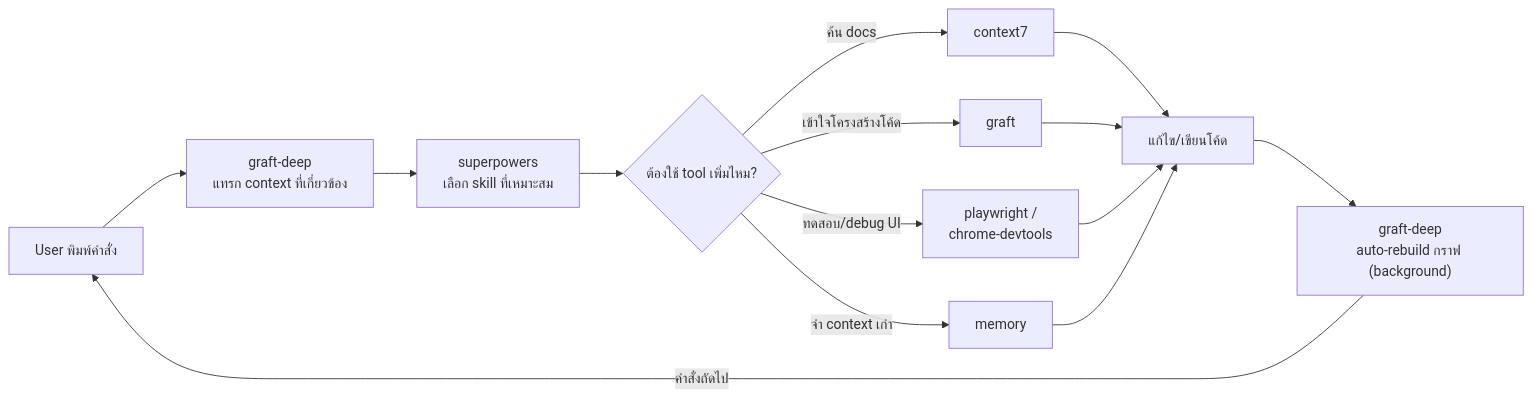
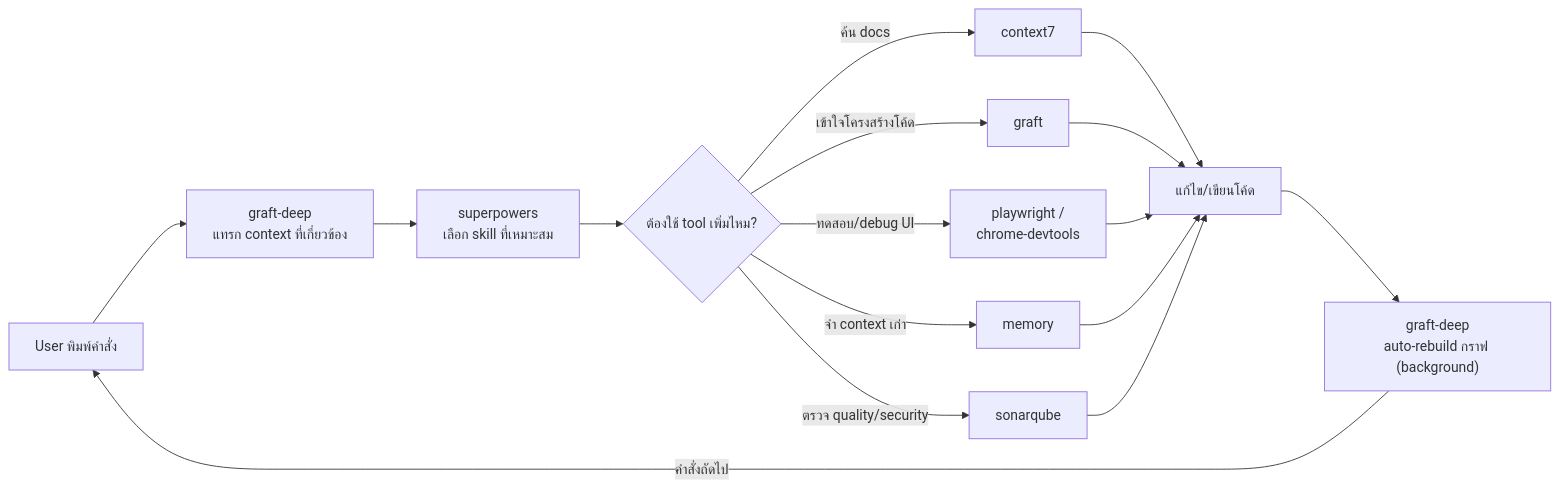
The third of 3 diagrams in USER-MANUAL.md (adcident12/my-manual-opencode), drawn with Mermaid before and after one commit. The commit also changed other lines of this file and 1 other file, not shown here.

First line of the commit message:
Reflect sonarqube in workflow diagrams and add its update procedure

````diff
--- a/USER-MANUAL.md
+++ b/USER-MANUAL.md
@@ -64,16 +65,18 @@
 ```mermaid
 graph LR
     A["User พิมพ์คำสั่ง"] --> B["graft-deep<br/>แทรก context ที่เกี่ยวข้อง"]
     B --> C["superpowers<br/>เลือก skill ที่เหมาะสม"]
     C --> D{"ต้องใช้ tool เพิ่มไหม?"}
     D -->|ค้น docs| E["context7"]
     D -->|เข้าใจโครงสร้างโค้ด| F["graft"]
     D -->|ทดสอบ/debug UI| G["playwright /<br/>chrome-devtools"]
     D -->|จำ context เก่า| H["memory"]
+    D -->|ตรวจ quality/security| K["sonarqube"]
     E --> I["แก้ไข/เขียนโค้ด"]
     F --> I
     G --> I
     H --> I
+    K --> I
     I --> J["graft-deep<br/>auto-rebuild กราฟ (background)"]
     J -->|คำสั่งถัดไป| A
 ```
````
